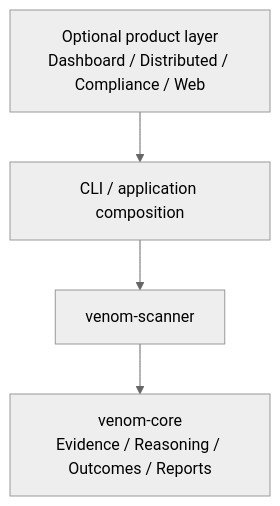
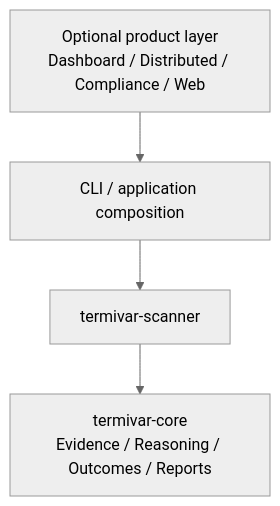
One commit to ITherso/termivar changed the third of 4 diagrams in docs/architecture.md. Above: the diagram before and after it, drawn with Mermaid (neutral theme). The commit also changed other lines of this file and 65 other files, not shown here.

````diff
--- a/docs/architecture.md
+++ b/docs/architecture.md
@@ -192,6 +192,6 @@
 ```mermaid
 flowchart TD
     Product["Optional product layer<br/>Dashboard / Distributed / Compliance / Web"] --> App["CLI / application composition"]
-    App --> Scanner[venom-scanner]
-    Scanner --> Core["venom-core<br/>Evidence / Reasoning / Outcomes / Reports"]
+    App --> Scanner[termivar-scanner]
+    Scanner --> Core["termivar-core<br/>Evidence / Reasoning / Outcomes / Reports"]
 ```
````
